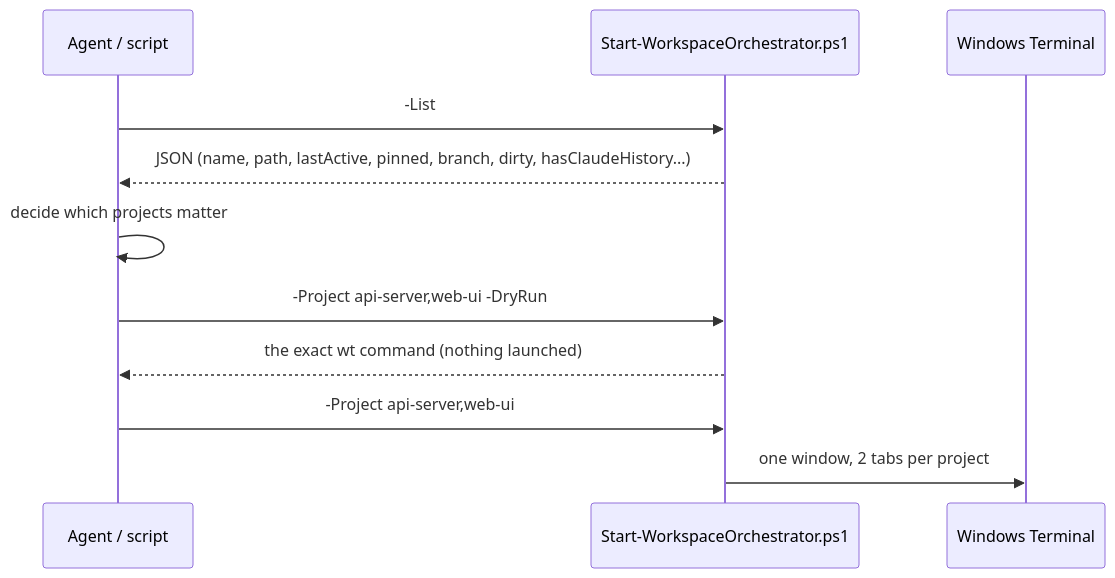
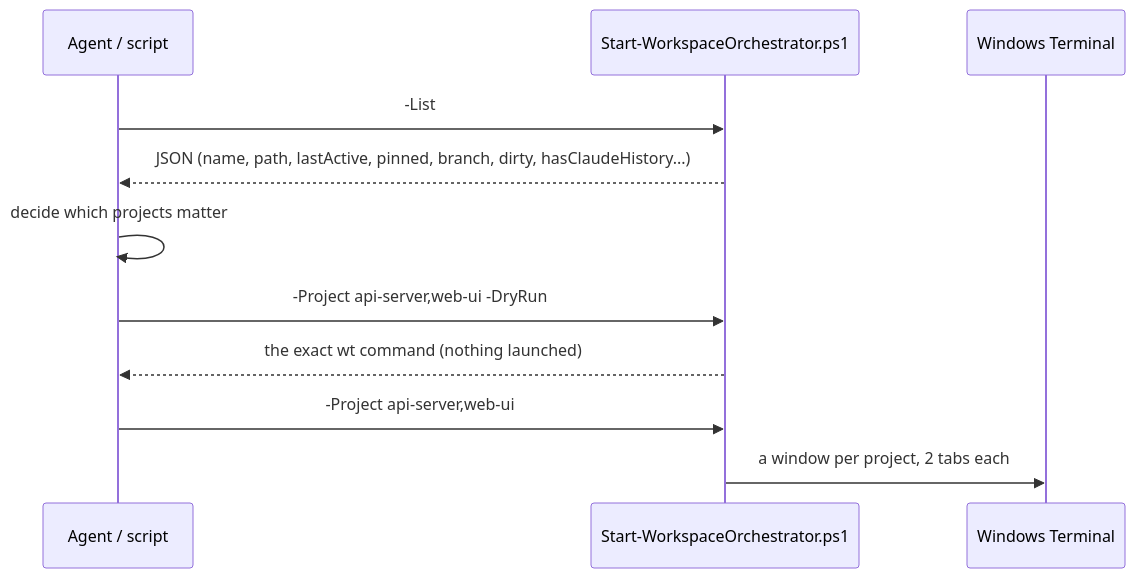
Before and after one commit to dstaulcu/workspace-orchestrator: the seventh of 8 diagrams in README.md, drawn with Mermaid. The commit also changed other lines of this file and 8 other files, not shown here.

````diff
--- a/README.md
+++ b/README.md
@@ -153,13 +164,13 @@
 ```mermaid
 sequenceDiagram
     participant Agent as Agent / script
     participant WO as Start-WorkspaceOrchestrator.ps1
     participant WT as Windows Terminal
     Agent->>WO: -List
     WO-->>Agent: JSON (name, path, lastActive, pinned, branch, dirty, hasClaudeHistory...)
     Agent->>Agent: decide which projects matter
     Agent->>WO: -Project api-server,web-ui -DryRun
     WO-->>Agent: the exact wt command (nothing launched)
     Agent->>WO: -Project api-server,web-ui
-    WO->>WT: one window, 2 tabs per project
+    WO->>WT: a window per project, 2 tabs each
 ```
````
